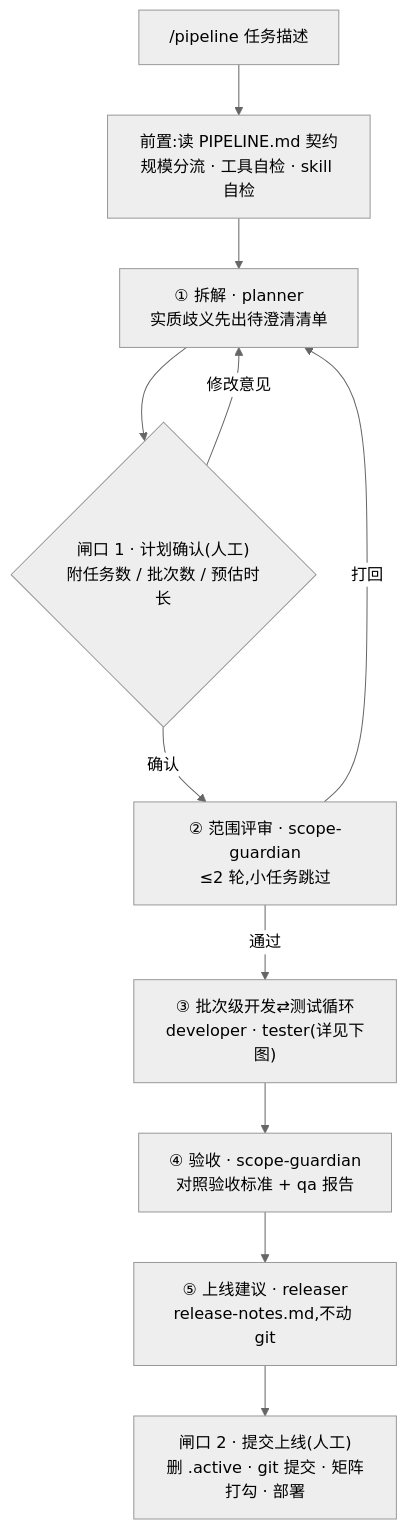
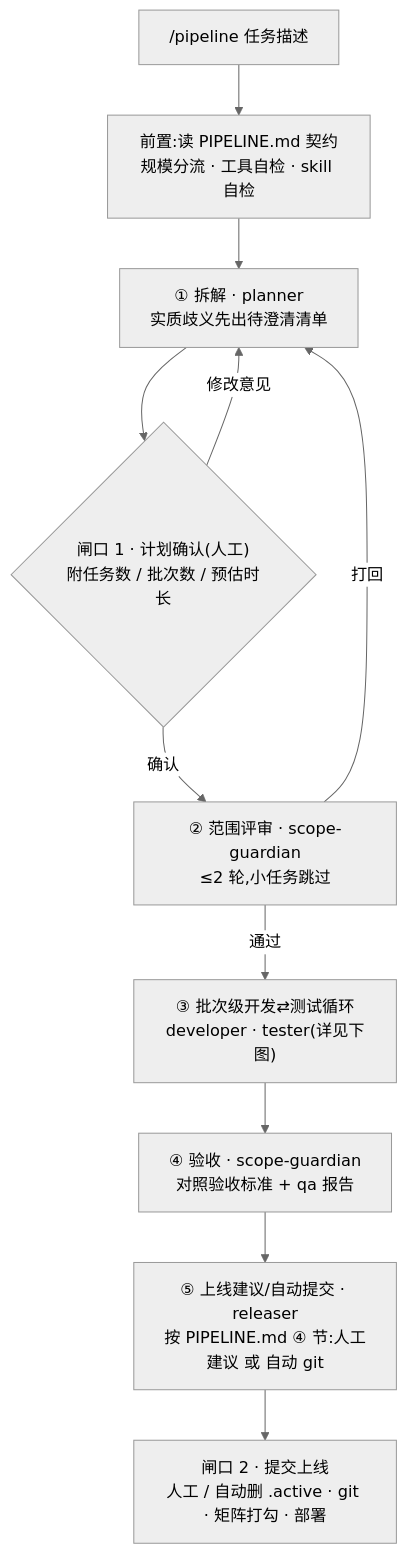
One commit to wzm111/pipeline-standard changed the first of 2 diagrams in README.md. Above: the diagram before and after it, drawn with Mermaid (neutral theme). The commit also changed other lines of this file and 3 other files, not shown here.

First line of the commit message:
feat: PIPELINE.md 支持自动提交模式，skill 可按契约执行 git 写操作

````diff
--- a/README.md
+++ b/README.md
@@ -30,13 +30,13 @@
 ```mermaid
 flowchart TD
     S["/pipeline 任务描述"] --> P["前置:读 PIPELINE.md 契约<br>规模分流 · 工具自检 · skill 自检"]
     P --> B["① 拆解 · planner<br>实质歧义先出待澄清清单"]
     B --> G1{"闸口 1 · 计划确认(人工)<br>附任务数 / 批次数 / 预估时长"}
     G1 -- "修改意见" --> B
     G1 -- "确认" --> A1["② 范围评审 · scope-guardian<br>≤2 轮,小任务跳过"]
     A1 -- "打回" --> B
     A1 -- "通过" --> L["③ 批次级开发⇄测试循环<br>developer · tester(详见下图)"]
     L --> A2["④ 验收 · scope-guardian<br>对照验收标准 + qa 报告"]
-    A2 --> E["⑤ 上线建议 · releaser<br>release-notes.md,不动 git"]
-    E --> G2["闸口 2 · 提交上线(人工)<br>删 .active · git 提交 · 矩阵打勾 · 部署"]
+    A2 --> E["⑤ 上线建议/自动提交 · releaser<br>按 PIPELINE.md ④ 节:人工建议 或 自动 git"]
+    E --> G2["闸口 2 · 提交上线<br>人工 / 自动删 .active · git · 矩阵打勾 · 部署"]
 ```
````
